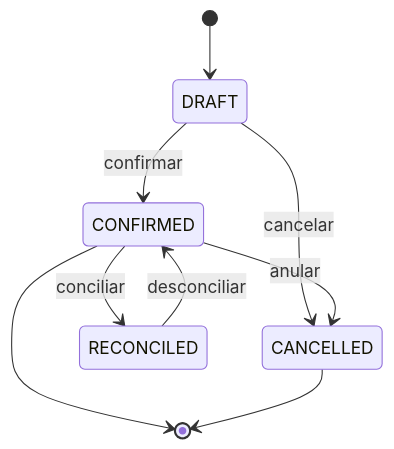
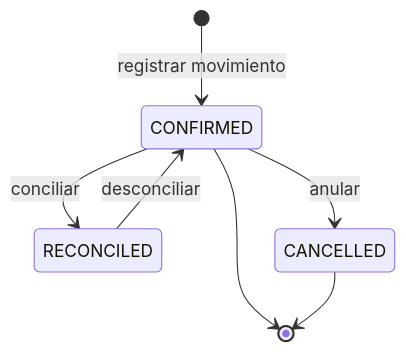
Before and after one commit to simonbravin/bloqer-v2: diagram 14 of 30 in docs/bloqer2.0/01-domain/STATE_MACHINES.md, drawn with Mermaid. The commit also changed other lines of this file and 155 other files, not shown here.

````diff
--- a/docs/bloqer2.0/01-domain/STATE_MACHINES.md
+++ b/docs/bloqer2.0/01-domain/STATE_MACHINES.md
@@ -482,11 +482,9 @@
 ```mermaid
 stateDiagram-v2
-  [*] --> DRAFT
-  DRAFT --> CONFIRMED : confirmar
-  DRAFT --> CANCELLED : cancelar
+  [*] --> CONFIRMED : registrar movimiento
   CONFIRMED --> RECONCILED : conciliar
   CONFIRMED --> CANCELLED : anular
   RECONCILED --> CONFIRMED : desconciliar
   CONFIRMED --> [*]
   CANCELLED --> [*]
 ```
````
